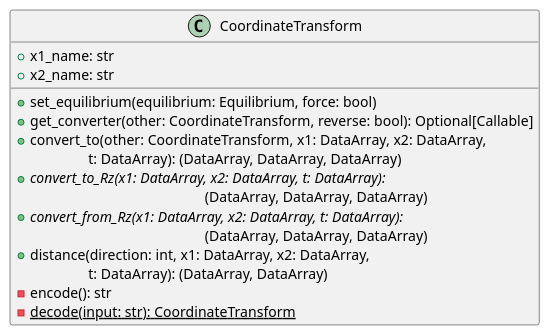
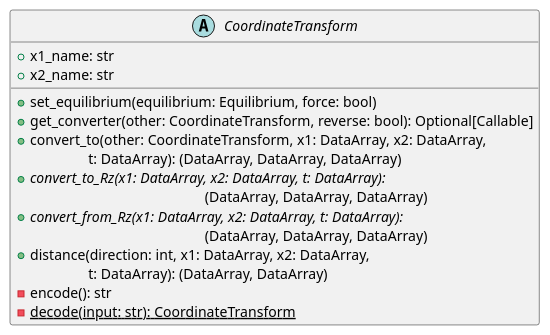
The second of 7 diagrams in doc/design.rst (indica-mcf/Indica), drawn with PlantUML before and after one commit. The commit also changed other lines of this file, not shown here.

Commit message:
Small corrections to UML in docs

```diff
--- a/doc/design.rst
+++ b/doc/design.rst
@@ -243,19 +243,19 @@
 .. uml::
 
-   class CoordinateTransform {
+   abstract class CoordinateTransform {
    + x1_name: str
    + x2_name: str
 
    + set_equilibrium(equilibrium: Equilibrium, force: bool)
    + get_converter(other: CoordinateTransform, reverse: bool): Optional[Callable]
    + convert_to(other: CoordinateTransform, x1: DataArray, x2: DataArray,
                 \t\tt: DataArray): (DataArray, DataArray, DataArray)
    + {abstract} convert_to_Rz(x1: DataArray, x2: DataArray, t: DataArray):
      \t\t\t\t\t\t(DataArray, DataArray, DataArray)
    + {abstract} convert_from_Rz(x1: DataArray, x2: DataArray, t: DataArray):
      \t\t\t\t\t\t(DataArray, DataArray, DataArray)
    + distance(direction: int, x1: DataArray, x2: DataArray,
               \t\tt: DataArray): (DataArray, DataArray)
    - encode(): str
    - {static} decode(input: str): CoordinateTransform
    }
```
